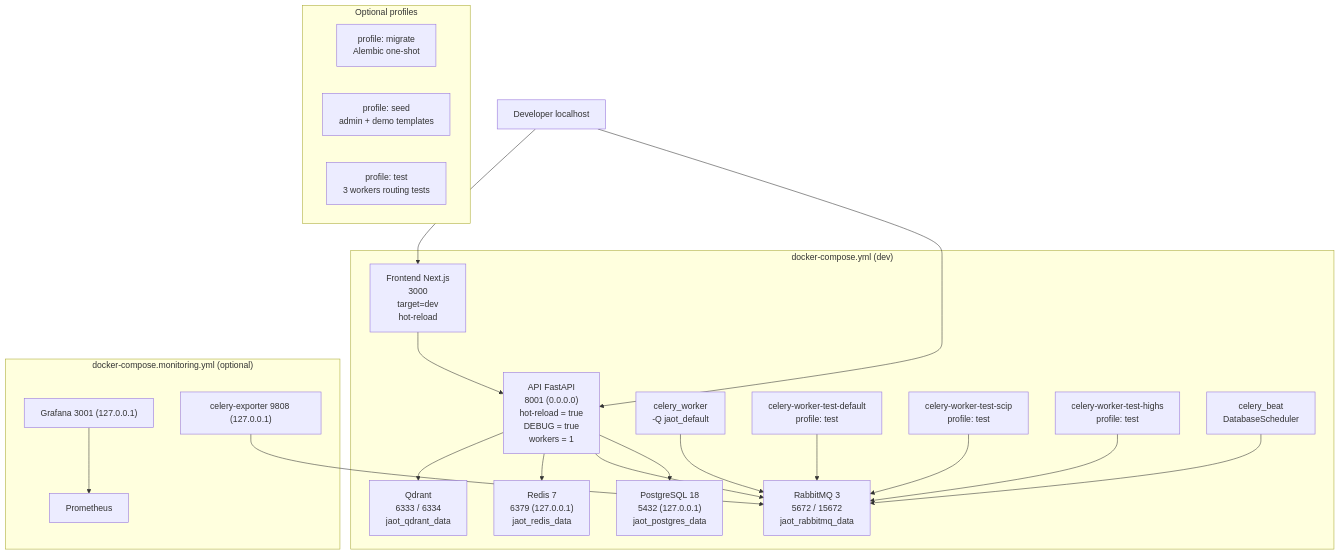
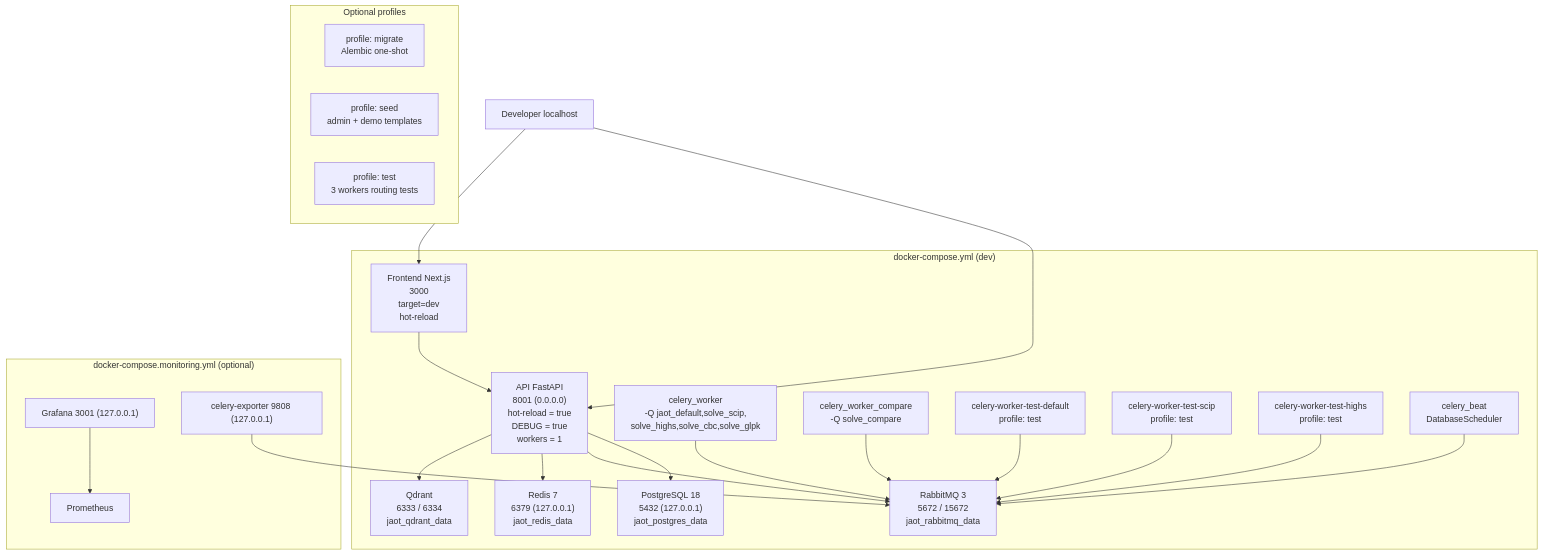
Before and after one commit to avallavall/jaot: the diagram in docs/ARCHITECTURE/05-infrastructure/02-docker-topology-dev.md, drawn with Mermaid. The commit also changed 32 other files, not shown here.

First line of the commit message:
feat(solve): CBC and GLPK, each run as its own program

````diff
--- a/docs/ARCHITECTURE/05-infrastructure/02-docker-topology-dev.md
+++ b/docs/ARCHITECTURE/05-infrastructure/02-docker-topology-dev.md
@@ -7,52 +7,54 @@
 ```mermaid
 graph TB
     Dev["Developer localhost"]
 
     subgraph DevStack["docker-compose.yml (dev)"]
         DevAPI["API FastAPI<br/>8001 (0.0.0.0)<br/>hot-reload = true<br/>DEBUG = true<br/>workers = 1"]
 
-        DevCelery["celery_worker<br/>-Q jaot_default"]
+        DevCelery["celery_worker<br/>-Q jaot_default,solve_scip,<br/>solve_highs,solve_cbc,solve_glpk"]
+        DevCeleryCompare["celery_worker_compare<br/>-Q solve_compare"]
         DevCeleryDefault["celery-worker-test-default<br/>profile: test"]
         DevCeleryScip["celery-worker-test-scip<br/>profile: test"]
         DevCeleryHighs["celery-worker-test-highs<br/>profile: test"]
         DevBeat["celery_beat<br/>DatabaseScheduler"]
 
         DevFrontend["Frontend Next.js<br/>3000<br/>target=dev<br/>hot-reload"]
 
         DevPG["PostgreSQL 18<br/>5432 (127.0.0.1)<br/>jaot_postgres_data"]
         DevRedis["Redis 7<br/>6379 (127.0.0.1)<br/>jaot_redis_data"]
         DevRabbit["RabbitMQ 3<br/>5672 / 15672<br/>jaot_rabbitmq_data"]
         DevQdrant["Qdrant<br/>6333 / 6334<br/>jaot_qdrant_data"]
     end
 
     subgraph MonitoringCompose["docker-compose.monitoring.yml (optional)"]
         DevProm["Prometheus"]
         DevGraf["Grafana 3001 (127.0.0.1)"]
         DevCeleryExp["celery-exporter 9808 (127.0.0.1)"]
     end
 
     subgraph Profiles["Optional profiles"]
         Migrate["profile: migrate<br/>Alembic one-shot"]
         Seed["profile: seed<br/>admin + demo templates"]
         Test["profile: test<br/>3 workers routing tests"]
     end
 
     Dev --> DevAPI
     Dev --> DevFrontend
 
     DevAPI --> DevPG
     DevAPI --> DevRabbit
     DevAPI --> DevRedis
     DevAPI --> DevQdrant
 
     DevCelery --> DevRabbit
+    DevCeleryCompare --> DevRabbit
     DevCeleryDefault --> DevRabbit
     DevCeleryScip --> DevRabbit
     DevCeleryHighs --> DevRabbit
 
     DevBeat --> DevRabbit
     DevFrontend --> DevAPI
 
     DevCeleryExp --> DevRabbit
     DevGraf --> DevProm
 ```
````
